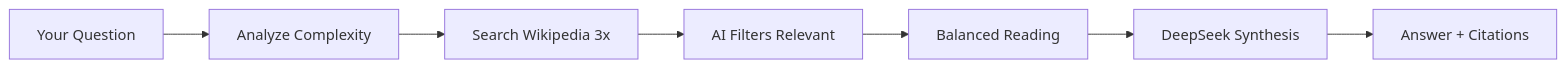
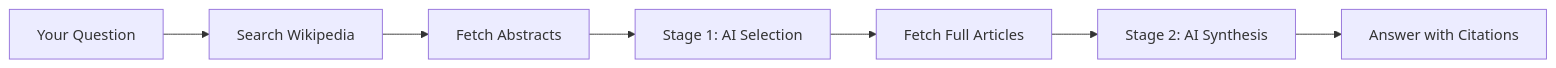
Before and after one commit to macromeer/offline-wikipedia-rag: the diagram in README.md, drawn with Mermaid. The commit also changed other lines of this file and 2 other files, not shown here.

First line of the commit message:
Implement two-stage AI pipeline with content-based selection and inline citations

````diff
--- a/README.md
+++ b/README.md
@@ -187,9 +218,9 @@
 ```mermaid
 graph LR
-    A[Your Question] --> B[Analyze Complexity]
-    B --> C[Search Wikipedia 3x]
-    C --> D[AI Filters Relevant]
-    D --> E[Balanced Reading]
-    E --> F[DeepSeek Synthesis]
-    F --> G[Answer + Citations]
+    A[Your Question] --> B[Search Wikipedia]
+    B --> C[Fetch Abstracts]
+    C --> D[Stage 1: AI Selection]
+    D --> E[Fetch Full Articles]
+    E --> F[Stage 2: AI Synthesis]
+    F --> G[Answer with Citations]
 ```
````
